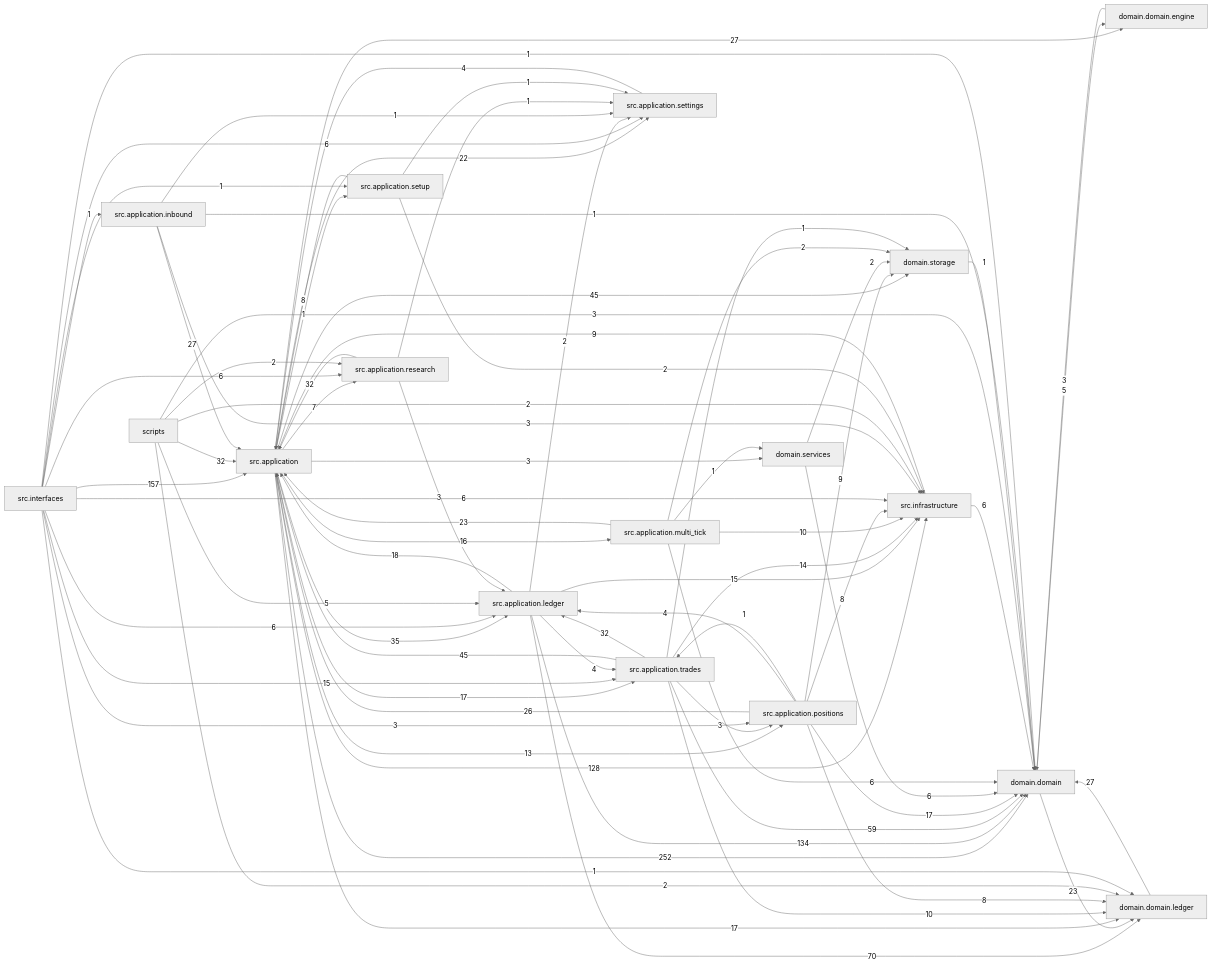
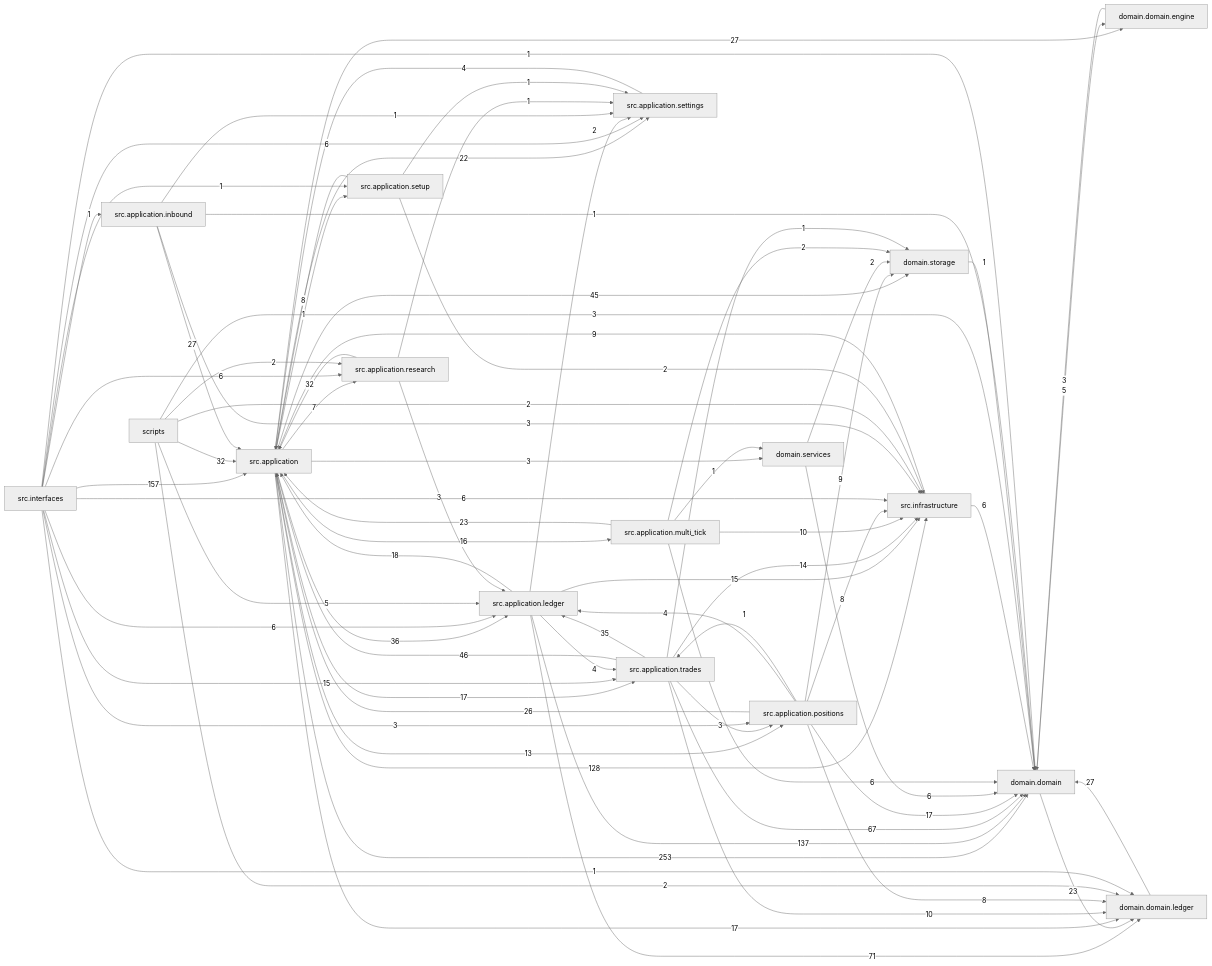
One commit to liuxie066/options-monitor changed the diagram in docs/dependency_graph.mmd. Above: the diagram before and after it, drawn with Mermaid (neutral theme). The commit also changed 27 other files, not shown here.

```diff
--- a/docs/dependency_graph.mmd
+++ b/docs/dependency_graph.mmd
@@ -1,76 +1,76 @@
 flowchart LR
-  src_application["src.application"] -->|252| domain_domain["domain.domain"]
+  src_application["src.application"] -->|253| domain_domain["domain.domain"]
   src_interfaces["src.interfaces"] -->|157| src_application["src.application"]
-  src_application_ledger["src.application.ledger"] -->|134| domain_domain["domain.domain"]
+  src_application_ledger["src.application.ledger"] -->|137| domain_domain["domain.domain"]
   src_application["src.application"] -->|128| src_infrastructure["src.infrastructure"]
-  src_application_ledger["src.application.ledger"] -->|70| domain_domain_ledger["domain.domain.ledger"]
-  src_application_trades["src.application.trades"] -->|59| domain_domain["domain.domain"]
+  src_application_ledger["src.application.ledger"] -->|71| domain_domain_ledger["domain.domain.ledger"]
+  src_application_trades["src.application.trades"] -->|67| domain_domain["domain.domain"]
+  src_application_trades["src.application.trades"] -->|46| src_application["src.application"]
   src_application["src.application"] -->|45| domain_storage["domain.storage"]
-  src_application_trades["src.application.trades"] -->|45| src_application["src.application"]
-  src_application["src.application"] -->|35| src_application_ledger["src.application.ledger"]
+  src_application["src.application"] -->|36| src_application_ledger["src.application.ledger"]
+  src_application_trades["src.application.trades"] -->|35| src_application_ledger["src.application.ledger"]
   scripts["scripts"] -->|32| src_application["src.application"]
   src_application_research["src.application.research"] -->|32| src_application["src.application"]
-  src_application_trades["src.application.trades"] -->|32| src_application_ledger["src.application.ledger"]
   domain_domain_ledger["domain.domain.ledger"] -->|27| domain_domain["domain.domain"]
   src_application["src.application"] -->|27| domain_domain_engine["domain.domain.engine"]
   src_application_inbound["src.application.inbound"] -->|27| src_application["src.application"]
   src_application_positions["src.application.positions"] -->|26| src_application["src.application"]
   domain_domain["domain.domain"] -->|23| domain_domain_ledger["domain.domain.ledger"]
   src_application_multi_tick["src.application.multi_tick"] -->|23| src_application["src.application"]
   src_application["src.application"] -->|22| src_application_settings["src.application.settings"]
   src_application_ledger["src.application.ledger"] -->|18| src_application["src.application"]
   src_application["src.application"] -->|17| domain_domain_ledger["domain.domain.ledger"]
   src_application["src.application"] -->|17| src_application_trades["src.application.trades"]
   src_application_positions["src.application.positions"] -->|17| domain_domain["domain.domain"]
   src_application["src.application"] -->|16| src_application_multi_tick["src.application.multi_tick"]
   src_application_ledger["src.application.ledger"] -->|15| src_infrastructure["src.infrastructure"]
   src_interfaces["src.interfaces"] -->|15| src_application_trades["src.application.trades"]
   src_application_trades["src.application.trades"] -->|14| src_infrastructure["src.infrastructure"]
   src_application["src.application"] -->|13| src_application_positions["src.application.positions"]
   src_application_multi_tick["src.application.multi_tick"] -->|10| src_infrastructure["src.infrastructure"]
   src_application_trades["src.application.trades"] -->|10| domain_domain_ledger["domain.domain.ledger"]
   src_application_positions["src.application.positions"] -->|9| domain_storage["domain.storage"]
   src_infrastructure["src.infrastructure"] -->|9| src_application["src.application"]
   src_application_positions["src.application.positions"] -->|8| domain_domain_ledger["domain.domain.ledger"]
   src_application_positions["src.application.positions"] -->|8| src_infrastructure["src.infrastructure"]
   src_application_setup["src.application.setup"] -->|8| src_application["src.application"]
   src_application["src.application"] -->|7| src_application_research["src.application.research"]
   domain_services["domain.services"] -->|6| domain_domain["domain.domain"]
   src_application_multi_tick["src.application.multi_tick"] -->|6| domain_domain["domain.domain"]
   src_infrastructure["src.infrastructure"] -->|6| domain_domain["domain.domain"]
   src_interfaces["src.interfaces"] -->|6| src_application_ledger["src.application.ledger"]
   src_interfaces["src.interfaces"] -->|6| src_application_research["src.application.research"]
   src_interfaces["src.interfaces"] -->|6| src_application_settings["src.application.settings"]
   src_interfaces["src.interfaces"] -->|6| src_infrastructure["src.infrastructure"]
   domain_domain["domain.domain"] -->|5| domain_domain_engine["domain.domain.engine"]
   scripts["scripts"] -->|5| src_application_ledger["src.application.ledger"]
   src_application_ledger["src.application.ledger"] -->|4| src_application_trades["src.application.trades"]
   src_application_positions["src.application.positions"] -->|4| src_application_ledger["src.application.ledger"]
   src_application_settings["src.application.settings"] -->|4| src_application["src.application"]
   domain_domain_engine["domain.domain.engine"] -->|3| domain_domain["domain.domain"]
   scripts["scripts"] -->|3| domain_domain["domain.domain"]
   src_application["src.application"] -->|3| domain_services["domain.services"]
   src_application_inbound["src.application.inbound"] -->|3| src_infrastructure["src.infrastructure"]
   src_application_research["src.application.research"] -->|3| src_application_ledger["src.application.ledger"]
   src_application_trades["src.application.trades"] -->|3| src_application_positions["src.application.positions"]
   src_interfaces["src.interfaces"] -->|3| src_application_positions["src.application.positions"]
   domain_services["domain.services"] -->|2| domain_storage["domain.storage"]
   scripts["scripts"] -->|2| domain_domain_ledger["domain.domain.ledger"]
   scripts["scripts"] -->|2| src_application_research["src.application.research"]
   scripts["scripts"] -->|2| src_infrastructure["src.infrastructure"]
   src_application_ledger["src.application.ledger"] -->|2| src_application_settings["src.application.settings"]
   src_application_multi_tick["src.application.multi_tick"] -->|2| domain_storage["domain.storage"]
   src_application_setup["src.application.setup"] -->|2| src_infrastructure["src.infrastructure"]
   domain_storage["domain.storage"] -->|1| domain_domain["domain.domain"]
   src_application["src.application"] -->|1| src_application_setup["src.application.setup"]
   src_application_inbound["src.application.inbound"] -->|1| domain_domain["domain.domain"]
   src_application_inbound["src.application.inbound"] -->|1| src_application_settings["src.application.settings"]
   src_application_multi_tick["src.application.multi_tick"] -->|1| domain_services["domain.services"]
   src_application_positions["src.application.positions"] -->|1| src_application_trades["src.application.trades"]
   src_application_research["src.application.research"] -->|1| src_application_settings["src.application.settings"]
   src_application_setup["src.application.setup"] -->|1| src_application_settings["src.application.settings"]
   src_application_trades["src.application.trades"] -->|1| domain_storage["domain.storage"]
   src_interfaces["src.interfaces"] -->|1| domain_domain["domain.domain"]
   src_interfaces["src.interfaces"] -->|1| domain_domain_ledger["domain.domain.ledger"]
   src_interfaces["src.interfaces"] -->|1| src_application_inbound["src.application.inbound"]
   src_interfaces["src.interfaces"] -->|1| src_application_setup["src.application.setup"]
```
